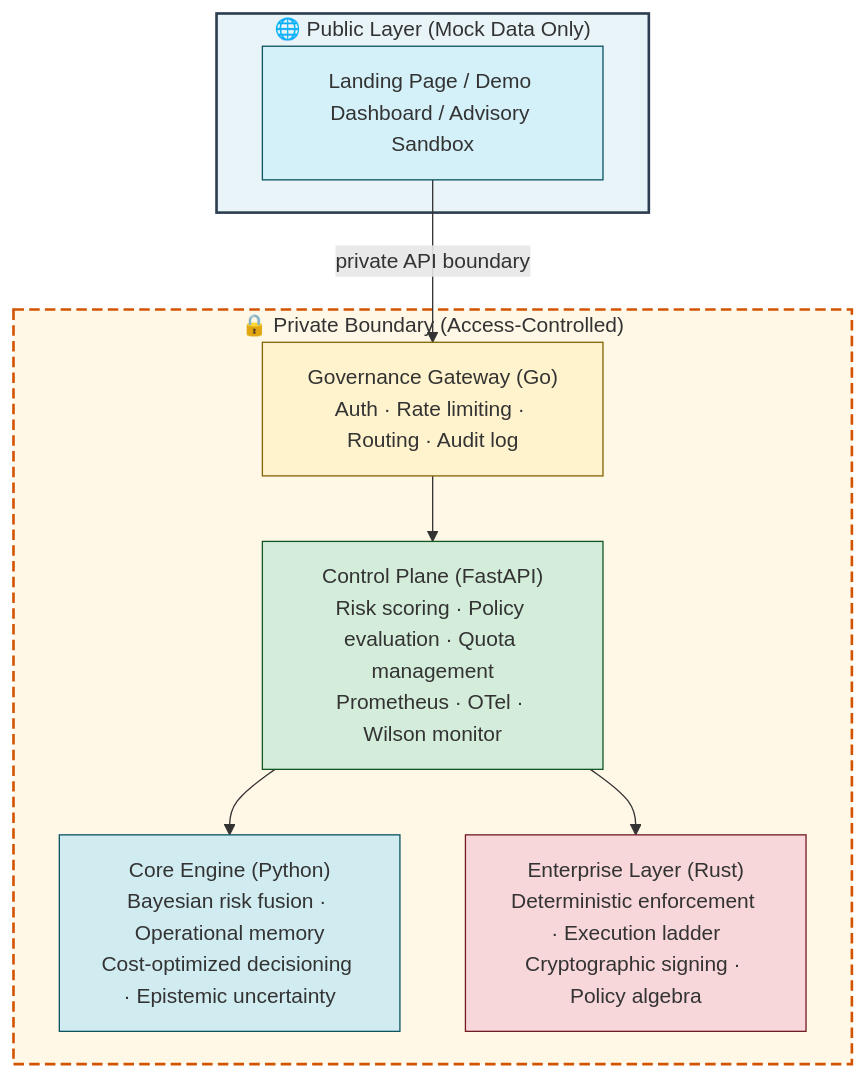
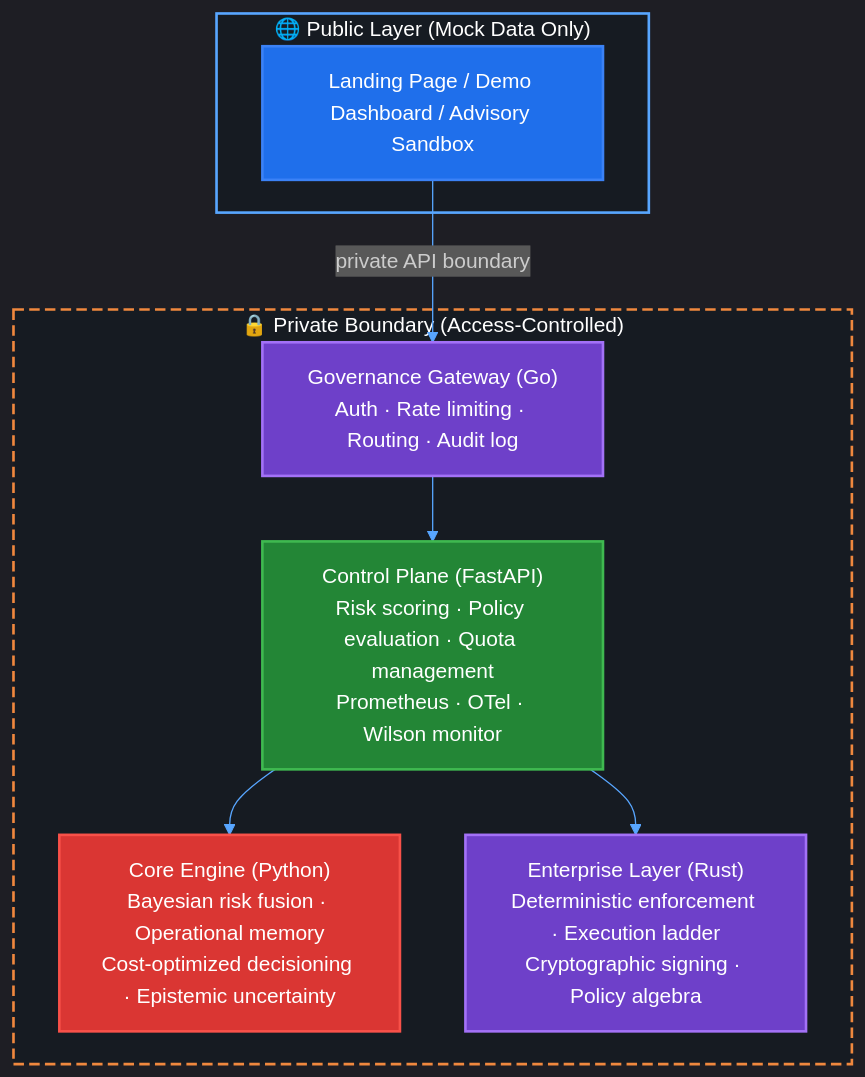
Before and after one commit to arf-foundation/.github: the diagram in profile/README.md, drawn with Mermaid.

Commit message:
Enhance mermaid diagram styles in README
Updated styles in the mermaid diagram for better visibility.

````diff
--- a/profile/README.md
+++ b/profile/README.md
@@ -58,26 +58,27 @@
 ```mermaid
+%%{init: {'theme': 'dark', 'themeVariables': { 'background': '#0d1117', 'primaryColor': '#1f6feb', 'primaryTextColor': '#ffffff', 'primaryBorderColor': '#3b82f6', 'lineColor': '#58a6ff', 'secondaryColor': '#238636', 'tertiaryColor': '#6e40c9'}}}%%
 flowchart TD
     subgraph Public["🌐 Public Layer (Mock Data Only)"]
         A["Landing Page / Demo Dashboard / Advisory Sandbox"]
     end
 
     subgraph Private["🔒 Private Boundary (Access‑Controlled)"]
         B["Governance Gateway (Go)<br/>Auth · Rate limiting · Routing · Audit log"]
         C["Control Plane (FastAPI)<br/>Risk scoring · Policy evaluation · Quota management<br/>Prometheus · OTel · Wilson monitor"]
         D["Core Engine (Python)<br/>Bayesian risk fusion · Operational memory<br/>Cost‑optimized decisioning · Epistemic uncertainty"]
         E["Enterprise Layer (Rust)<br/>Deterministic enforcement · Execution ladder<br/>Cryptographic signing · Policy algebra"]
     end
 
     A -- "private API boundary" --> B
     B --> C
     C --> D
     C --> E
 
-    style Public fill:#e8f4f8,stroke:#2c3e50,stroke-width:2px
-    style Private fill:#fff8e7,stroke:#d35400,stroke-width:2px,stroke-dasharray: 8 4
-    style A fill:#d4f1f9,stroke:#0c5460
-    style B fill:#fff3cd,stroke:#856404
-    style C fill:#d4edda,stroke:#155724
-    style D fill:#d1ecf1,stroke:#0c5460
-    style E fill:#f8d7da,stroke:#721c24
+    style Public fill:#161b22,stroke:#58a6ff,stroke-width:2px,color:#ffffff
+    style Private fill:#161b22,stroke:#f0883e,stroke-width:2px,stroke-dasharray: 8 4,color:#ffffff
+    style A fill:#1f6feb,stroke:#3b82f6,stroke-width:2px,color:#ffffff
+    style B fill:#6e40c9,stroke:#a371f7,stroke-width:2px,color:#ffffff
+    style C fill:#238636,stroke:#3fb950,stroke-width:2px,color:#ffffff
+    style D fill:#da3633,stroke:#f85149,stroke-width:2px,color:#ffffff
+    style E fill:#6e40c9,stroke:#a371f7,stroke-width:2px,color:#ffffff
 ```
````
